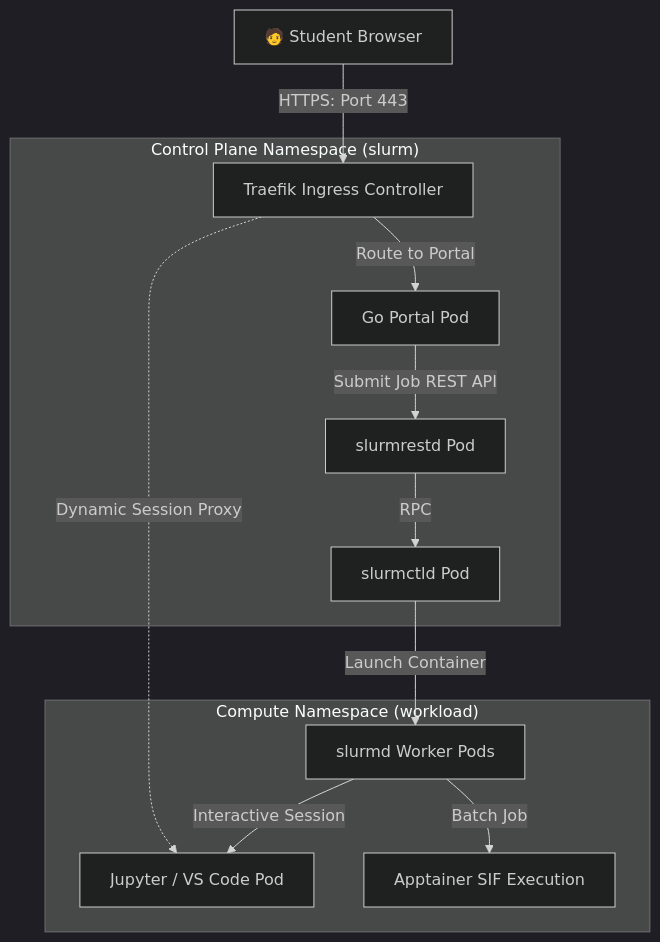
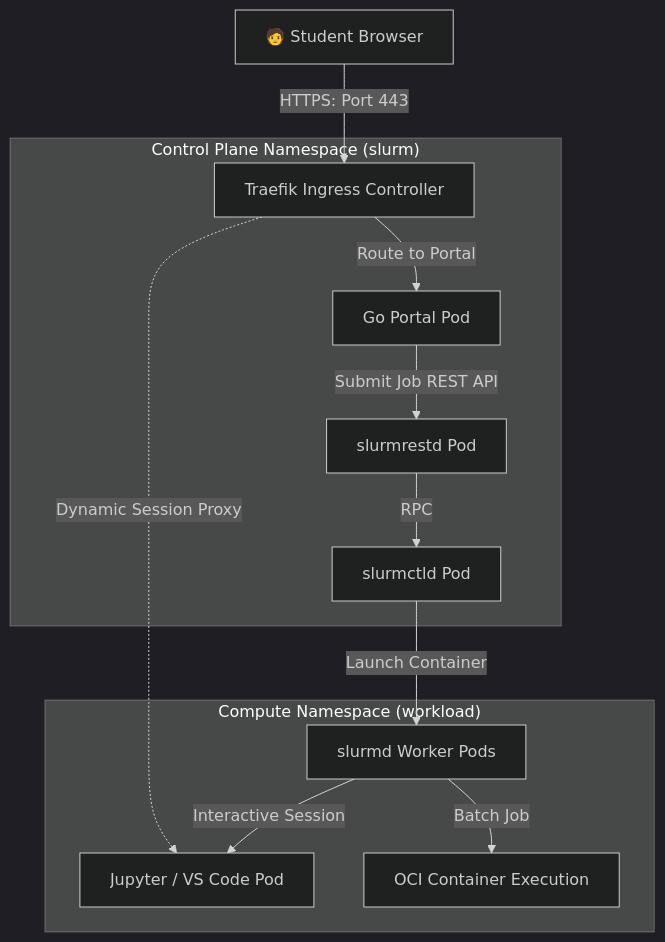
The third of 3 diagrams in docs/ENVIRONMENT_ASSESSMENT.md (khemingkapat/ai_sandbox), drawn with Mermaid (dark theme) before and after one commit. The commit also changed other lines of this file and 2 other files, not shown here.

````diff
--- a/docs/ENVIRONMENT_ASSESSMENT.md
+++ b/docs/ENVIRONMENT_ASSESSMENT.md
@@ -180,18 +186,18 @@
 ```mermaid
 flowchart TD
     Browser[🧑 Student Browser] -->|HTTPS: Port 443| Ingress[Traefik Ingress Controller]
     
     subgraph "Control Plane Namespace (slurm)"
         Ingress -->|Route to Portal| Portal[Go Portal Pod]
         Portal -->|Submit Job REST API| Slurmrestd[slurmrestd Pod]
         Slurmrestd -->|RPC| Slurmctld[slurmctld Pod]
     end
 
     subgraph "Compute Namespace (workload)"
         Slurmctld -->|Launch Container| WorkerNodes[slurmd Worker Pods]
         WorkerNodes -->|Interactive Session| InterPod["Jupyter / VS Code Pod"]
-        WorkerNodes -->|Batch Job| ApptainerJob[Apptainer SIF Execution]
+        WorkerNodes -->|Batch Job| OCIJob[OCI Container Execution]
     end
 
     Ingress -.->|Dynamic Session Proxy| InterPod
 ```
````
